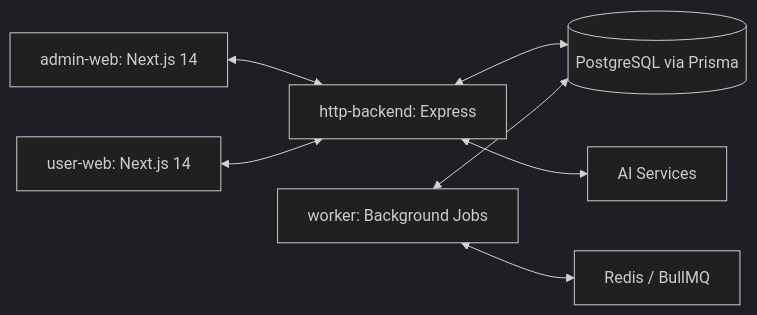
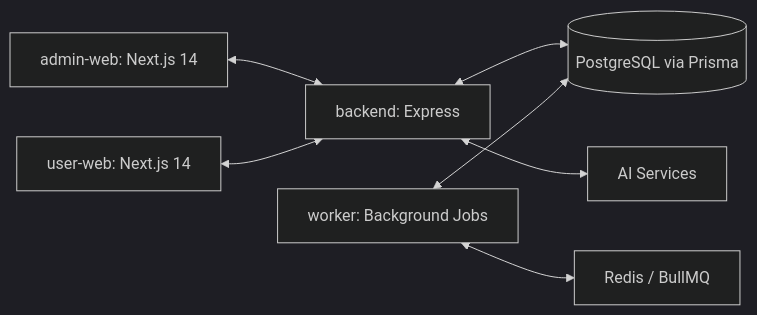
Before and after one commit to simplicion/180workspace: the diagram in README.md, drawn with Mermaid (dark theme). The commit also changed other lines of this file and 22 other files, not shown here.

````diff
--- a/README.md
+++ b/README.md
@@ -9,9 +9,9 @@
 ```mermaid
 graph LR
-    A[admin-web: Next.js 14] <--> C[http-backend: Express]
+    A[admin-web: Next.js 14] <--> C[backend: Express]
     B[user-web: Next.js 14] <--> C
     C <--> D[(PostgreSQL via Prisma)]
     E[worker: Background Jobs] <--> D
     E <--> F[Redis / BullMQ]
     C <--> G[AI Services]
 ```
````
